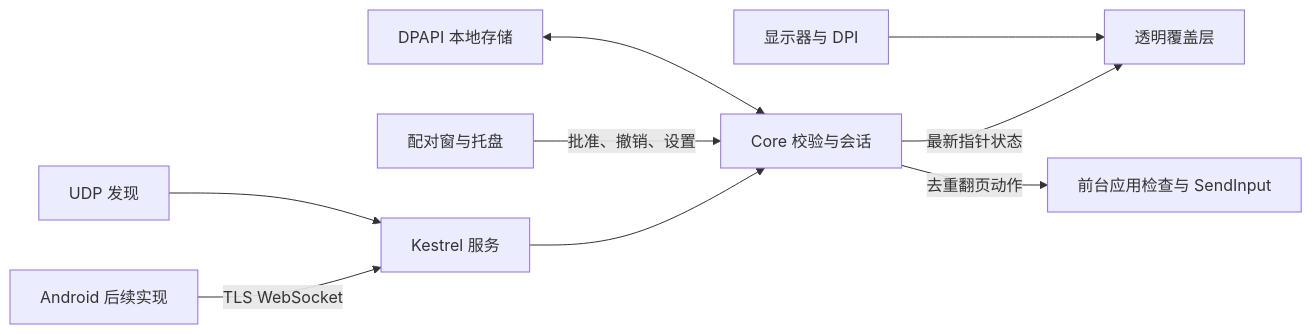
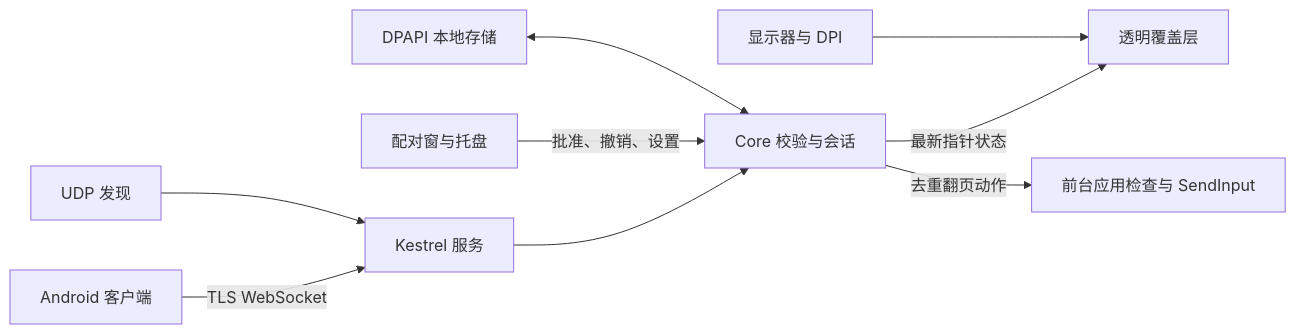
One commit to zichen0116/pointa-windows changed the diagram in docs/architecture.md. Above: the diagram before and after it, drawn with Mermaid. The commit also changed other lines of this file and 14 other files, not shown here.

````diff
--- a/docs/architecture.md
+++ b/docs/architecture.md
@@ -27,11 +27,11 @@
 ```mermaid
 flowchart LR
-    Phone[Android 后续实现] -->|TLS WebSocket| Server[Kestrel 服务]
+    Phone[Android 客户端] -->|TLS WebSocket| Server[Kestrel 服务]
     Discovery[UDP 发现] --> Server
     Server --> Rules[Core 校验与会话]
     Rules -->|最新指针状态| Overlay[透明覆盖层]
     Rules -->|去重翻页动作| Input[前台应用检查与 SendInput]
     Window[配对窗与托盘] -->|批准、撤销、设置| Rules
     Store[DPAPI 本地存储] <--> Rules
     Displays[显示器与 DPI] --> Overlay
 ```
````
